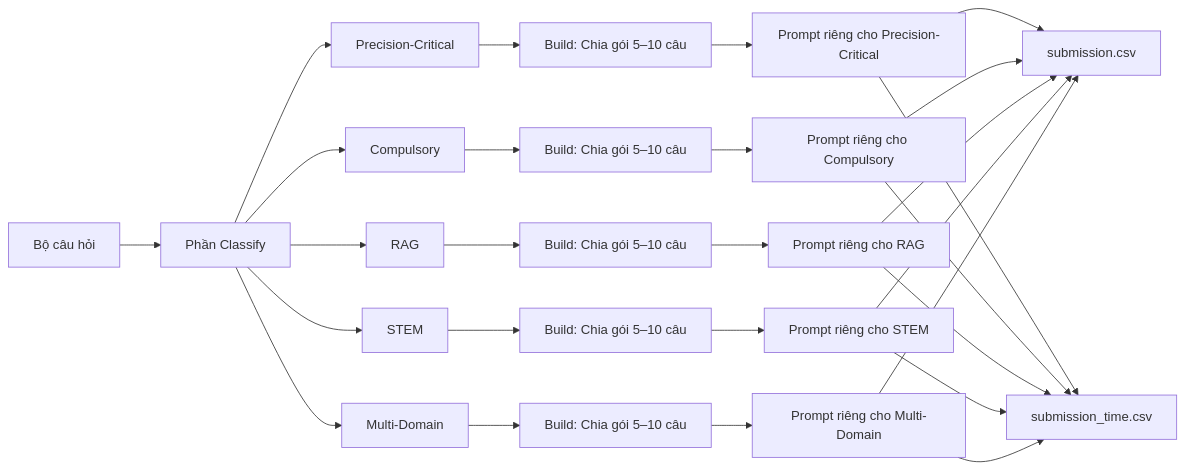
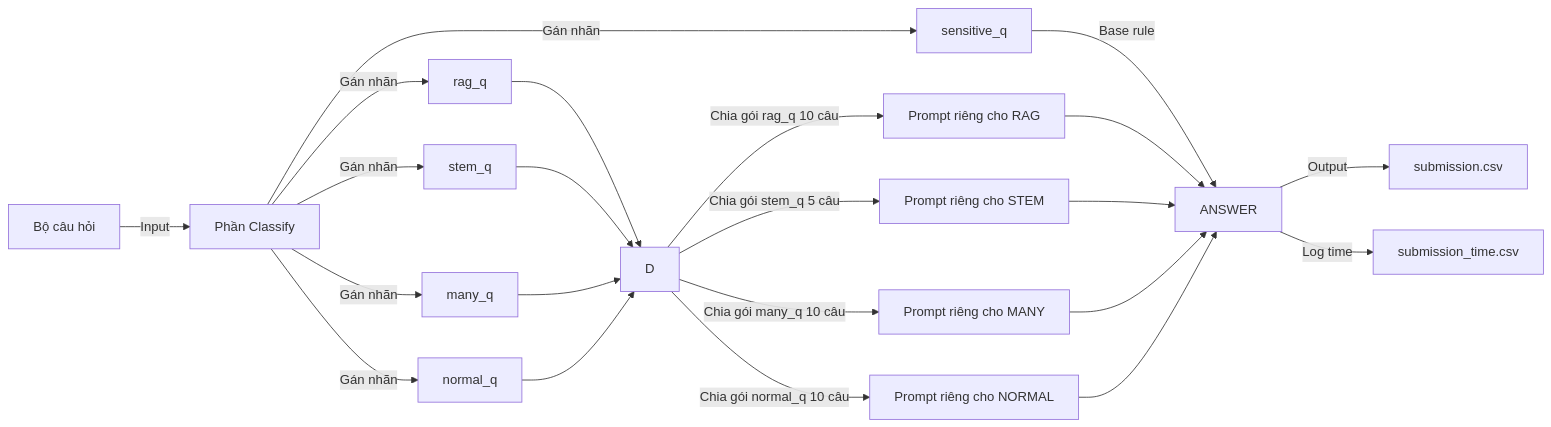
Before and after one commit to kay0911/NTA_VNTP_hackathon: the diagram in README.md, drawn with Mermaid.

````diff
--- a/README.md
+++ b/README.md
@@ -73,35 +73,30 @@
 ```mermaid
 
 flowchart LR
-    A[Bộ câu hỏi] --> B[Phần Classify]
+    A[Bộ câu hỏi] -->|Input| B[Phần Classify]
 
-    B --> C1[Precision-Critical]
-    B --> C2[Compulsory]
-    B --> C3[RAG]
-    B --> C4[STEM]
-    B --> C5[Multi-Domain]
+    B -->|Gán nhãn| C1[sensitive_q]
+    B -->|Gán nhãn| C2[rag_q]
+    B -->|Gán nhãn| C3[stem_q]
+    B -->|Gán nhãn| C4[many_q]
+    B -->|Gán nhãn| C5[normal_q]
 
-    C1 --> D1[Build: Chia gói 5–10 câu]
-    C2 --> D2[Build: Chia gói 5–10 câu]
-    C3 --> D3[Build: Chia gói 5–10 câu]
-    C4 --> D4[Build: Chia gói 5–10 câu]
-    C5 --> D5[Build: Chia gói 5–10 câu]
+    C1 -->|Base rule| F[ANSWER]
+    C2 --> D
+    C3 --> D
+    C4 --> D
+    C5 --> D
 
-    D1 --> E1[Prompt riêng cho Precision-Critical]
-    D2 --> E2[Prompt riêng cho Compulsory]
-    D3 --> E3[Prompt riêng cho RAG]
-    D4 --> E4[Prompt riêng cho STEM]
-    D5 --> E5[Prompt riêng cho Multi-Domain]
+    D -->|Chia gói rag_q 10 câu| E1[Prompt riêng cho RAG]
+    D -->|Chia gói stem_q 5 câu| E2[Prompt riêng cho STEM]
+    D -->|Chia gói many_q 10 câu| E3[Prompt riêng cho MANY]
+    D -->|Chia gói normal_q 10 câu| E4[Prompt riêng cho NORMAL]
 
-    E1 --> F1[submission.csv]
-    E2 --> F1
-    E3 --> F1
-    E4 --> F1
-    E5 --> F1
+    E1 --> F[ANSWER]
+    E2 --> F
+    E3 --> F
+    E4 --> F
 
-    E1 --> F2[submission_time.csv]
-    E2 --> F2
-    E3 --> F2
-    E4 --> F2
-    E5 --> F2
+    F -->|Output| G1[submission.csv]
+	F -->|Log time| G2[submission_time.csv]
 ```
````
